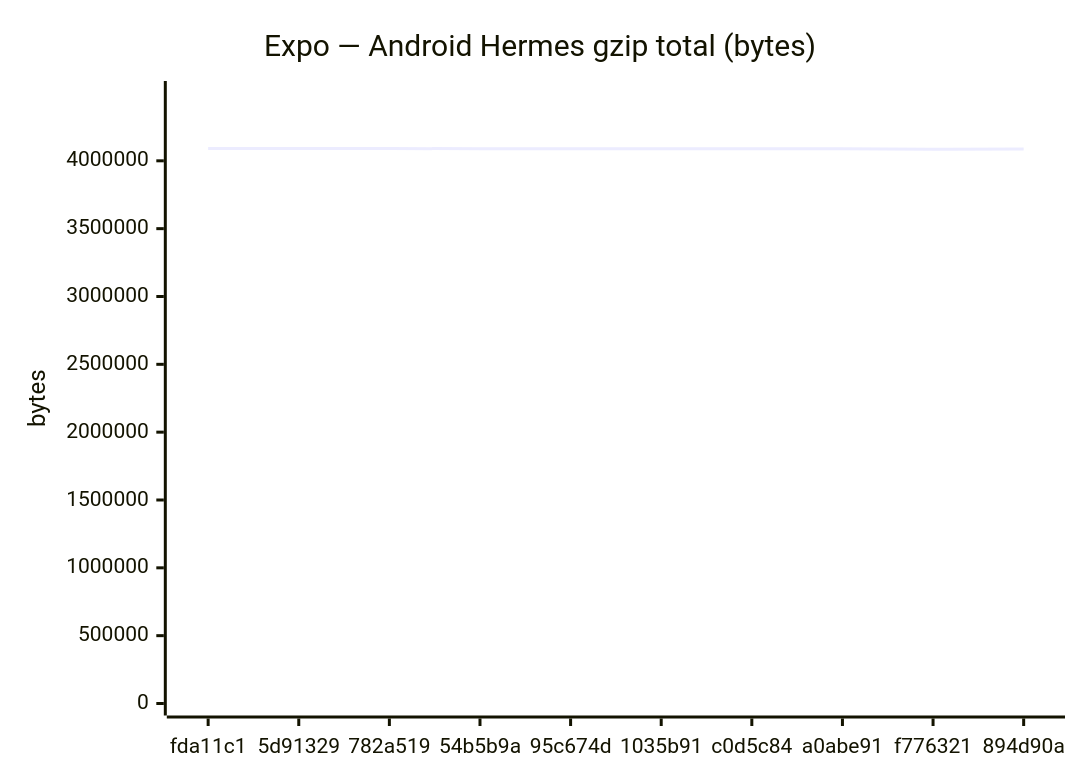
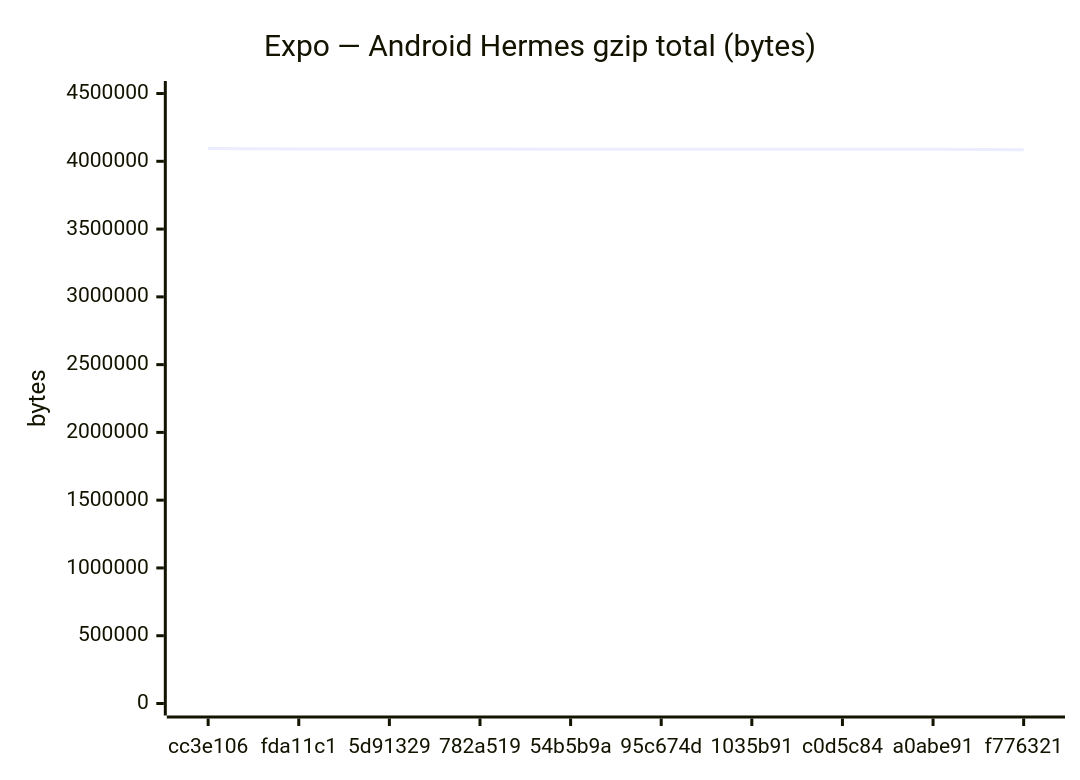
Before and after one commit to Metaheurist/Rianell: the fifth of 18 diagrams in benchmarks/compare.md, drawn with Mermaid. The commit also changed other lines of this file and 11 other files, not shown here.

````diff
--- a/benchmarks/compare.md
+++ b/benchmarks/compare.md
@@ -89,7 +89,7 @@
 ```mermaid
 xychart-beta
     title "Expo — Android Hermes gzip total (bytes)"
-    x-axis ["fda11c1", "5d91329", "782a519", "54b5b9a", "95c674d", "1035b91", "c0d5c84", "a0abe91", "f776321", "894d90a"]
-    y-axis "bytes" 0 --> 4499868
-    line [4090789, 4090787, 4090360, 4089313, 4088814, 4088813, 4088813, 4088812, 4085830, 4086643]
+    x-axis ["cc3e106", "fda11c1", "5d91329", "782a519", "54b5b9a", "95c674d", "1035b91", "c0d5c84", "a0abe91", "f776321"]
+    y-axis "bytes" 0 --> 4503912
+    line [4094465, 4090789, 4090787, 4090360, 4089313, 4088814, 4088813, 4088813, 4088812, 4085830]
 ```
````
